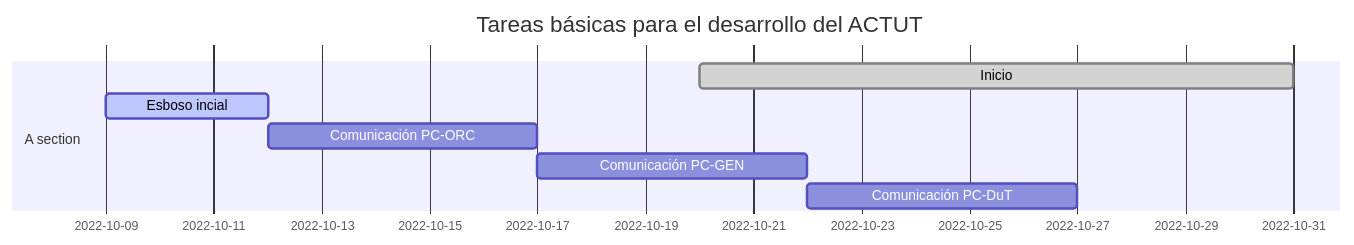
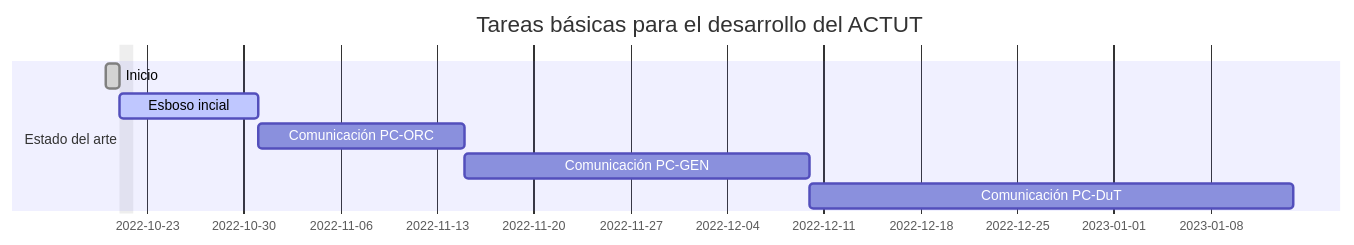
The second of 2 diagrams in README.md (pablo-origlia/actut), drawn with Mermaid before and after one commit.

Commit message:
Actualización gantt

````diff
--- a/README.md
+++ b/README.md
@@ -21,13 +21,13 @@
 ```mermaid
 gantt
 dateFormat  YYYY-MM-DD
 title Tareas básicas para el desarrollo del ACTUT
-excludes weekdays 2014-01-10
+excludes weekdays 2022-10-21
 
-section A section
-Inicio                :done,    des1, 2022-10-20, 2022-10-31
-Esboso incial         :active,  des2, 2022-10-09, 3d
-Comunicación PC-ORC   :         des3, after des2, 5d
-Comunicación PC-GEN   :         des4, after des3, 5d
-Comunicación PC-DuT   :         des5, after des4, 5d
+section Estado del arte
+Inicio                :done,    des1, 2022-10-20, 2022-10-21
+Esboso incial         :active,  des2, 2022-10-21, 10d
+Comunicación PC-ORC   :         des3, after des2, 15d
+Comunicación PC-GEN   :         des4, after des3, 25d
+Comunicación PC-DuT   :         des5, after des4, 35d
 ```
````
